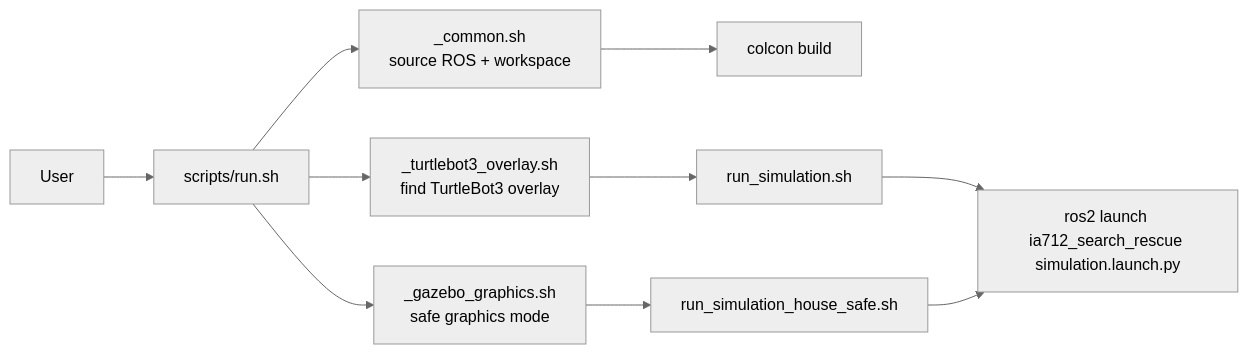
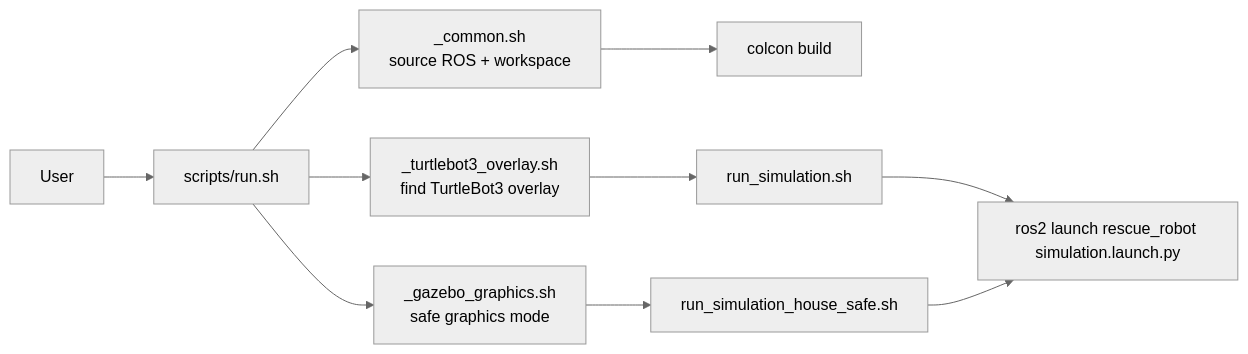
One commit to YiZeems/autonomous-search-and-rescue changed diagram 14 of 16 in docs/architecture_diagrams.md. Above: the diagram before and after it, drawn with Mermaid (neutral theme). The commit also changed other lines of this file and 16 other files, not shown here.

First line of the commit message:
docs: sync package names to rescue_robot/rescue_bringup, document TB4 pipeline + new errors

````diff
--- a/docs/architecture_diagrams.md
+++ b/docs/architecture_diagrams.md
@@ -410,15 +410,15 @@
 ```mermaid
 flowchart LR
     USER["User"] --> RUNSH["scripts/run.sh"]
 
     RUNSH --> COMMON["_common.sh<br/>source ROS + workspace"]
     RUNSH --> TB3HELPER["_turtlebot3_overlay.sh<br/>find TurtleBot3 overlay"]
     RUNSH --> GFX["_gazebo_graphics.sh<br/>safe graphics mode"]
 
     COMMON --> BUILD["colcon build"]
     TB3HELPER --> SIM["run_simulation.sh"]
     GFX --> HSAFE["run_simulation_house_safe.sh"]
 
-    SIM --> ROSLAUNCH["ros2 launch ia712_search_rescue simulation.launch.py"]
+    SIM --> ROSLAUNCH["ros2 launch rescue_robot simulation.launch.py"]
     HSAFE --> ROSLAUNCH
 ```
````
